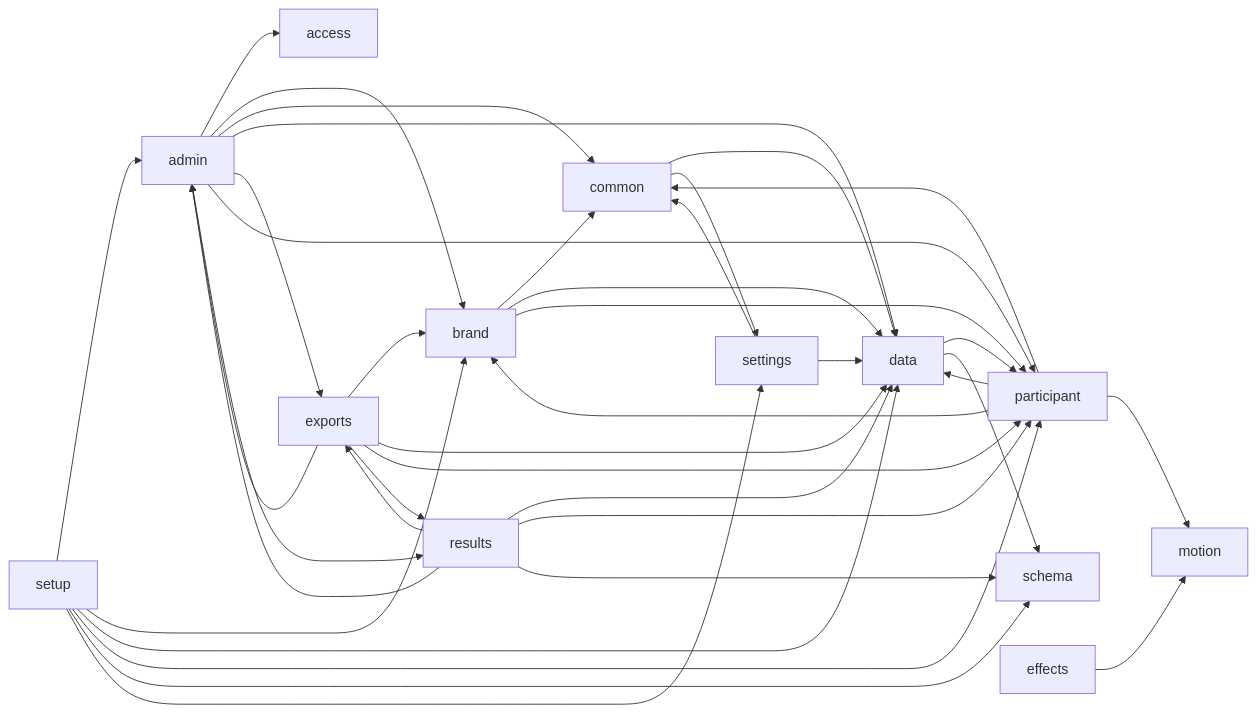
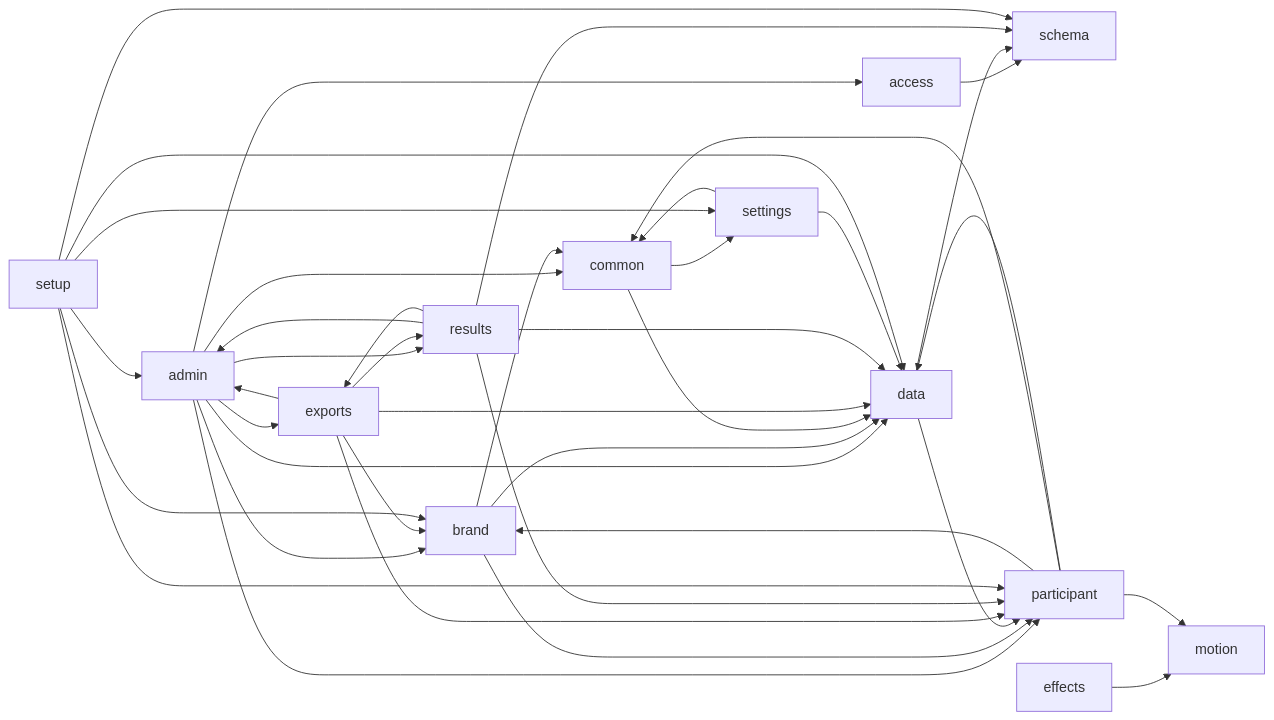
Before and after one commit to satyagames/pursuit-managed-services: the diagram in docs/MODULES.md, drawn with Mermaid. The commit also changed other lines of this file and 3 other files, not shown here.

````diff
--- a/docs/MODULES.md
+++ b/docs/MODULES.md
@@ -14,40 +14,41 @@
 ```mermaid
 flowchart LR
+  access --> schema
   admin --> access
   admin --> brand
   admin --> common
   admin --> data
   admin --> exports
   admin --> participant
   admin --> results
   brand --> common
   brand --> data
   brand --> participant
   common --> data
   common --> settings
   data --> participant
   data --> schema
   effects --> motion
   exports --> admin
   exports --> brand
   exports --> data
   exports --> participant
   exports --> results
   participant --> brand
   participant --> common
   participant --> data
   participant --> motion
   results --> admin
   results --> data
   results --> exports
   results --> participant
   results --> schema
   settings --> common
   settings --> data
   setup --> admin
   setup --> brand
   setup --> data
   setup --> participant
   setup --> schema
   setup --> settings
 ```
````
